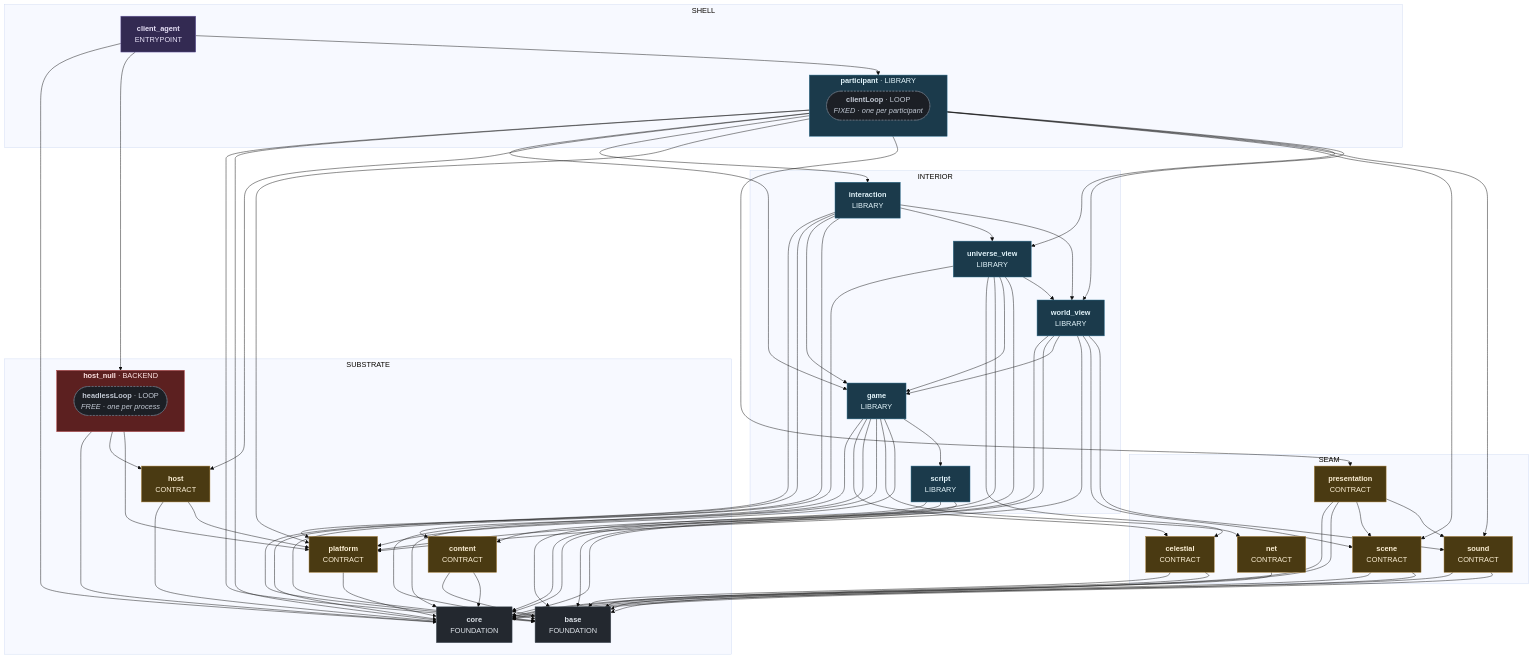
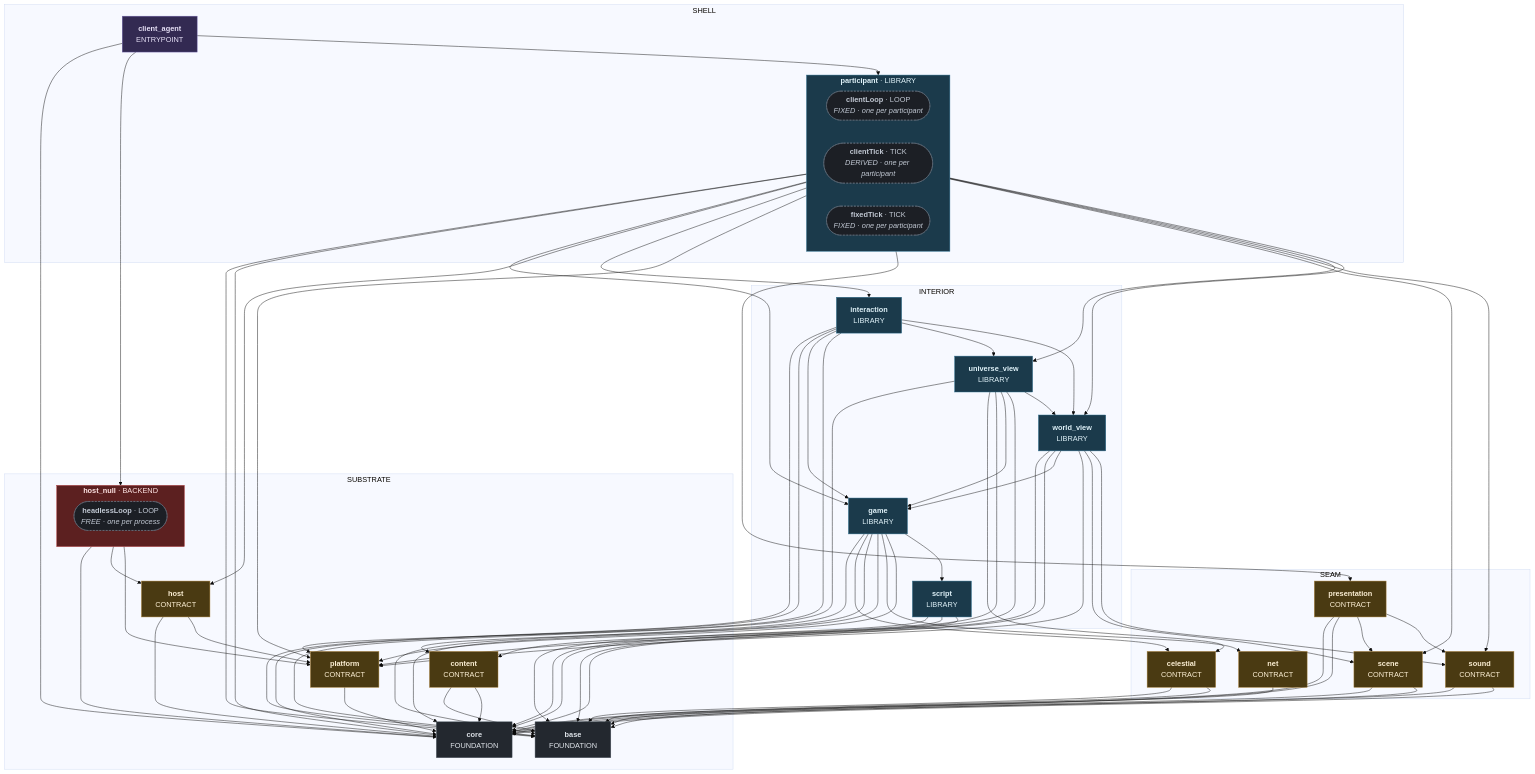
The third of 10 diagrams in docs/superpowers/specs/2026-08-01-sovereign-headless-client-design.md (apnex/OpenStarbound), drawn with Mermaid (base theme) before and after one commit. The commit also changed other lines of this file and 5 other files, not shown here.

First line of the commit message:
spec: the SDL host owns a window, not a graphics API — swapTick moves to `gpu`

````diff
--- a/docs/superpowers/specs/2026-08-01-sovereign-headless-client-design.md
+++ b/docs/superpowers/specs/2026-08-01-sovereign-headless-client-design.md
@@ -1354,6 +1411,8 @@
     client_agent["<b>client_agent</b><br/>ENTRYPOINT"]
     subgraph participant ["<b>participant</b> · LIBRARY"]
       participant_clientLoop(["<b>clientLoop</b> · LOOP<br/><i>FIXED · one per participant</i>"])
+      participant_clientTick(["<b>clientTick</b> · TICK<br/><i>DERIVED · one per participant</i>"])
+      participant_fixedTick(["<b>fixedTick</b> · TICK<br/><i>FIXED · one per participant</i>"])
     end
   end
   celestial --> base
@@ -1428,5 +1487,5 @@
   class host_null kBackend
   class game,interaction,participant,script,universe_view,world_view kLibrary
   class client_agent kEntrypoint
-  class host_null_headlessLoop,participant_clientLoop kElement
+  class host_null_headlessLoop,participant_clientLoop,participant_clientTick,participant_fixedTick kElement
 ```
````
